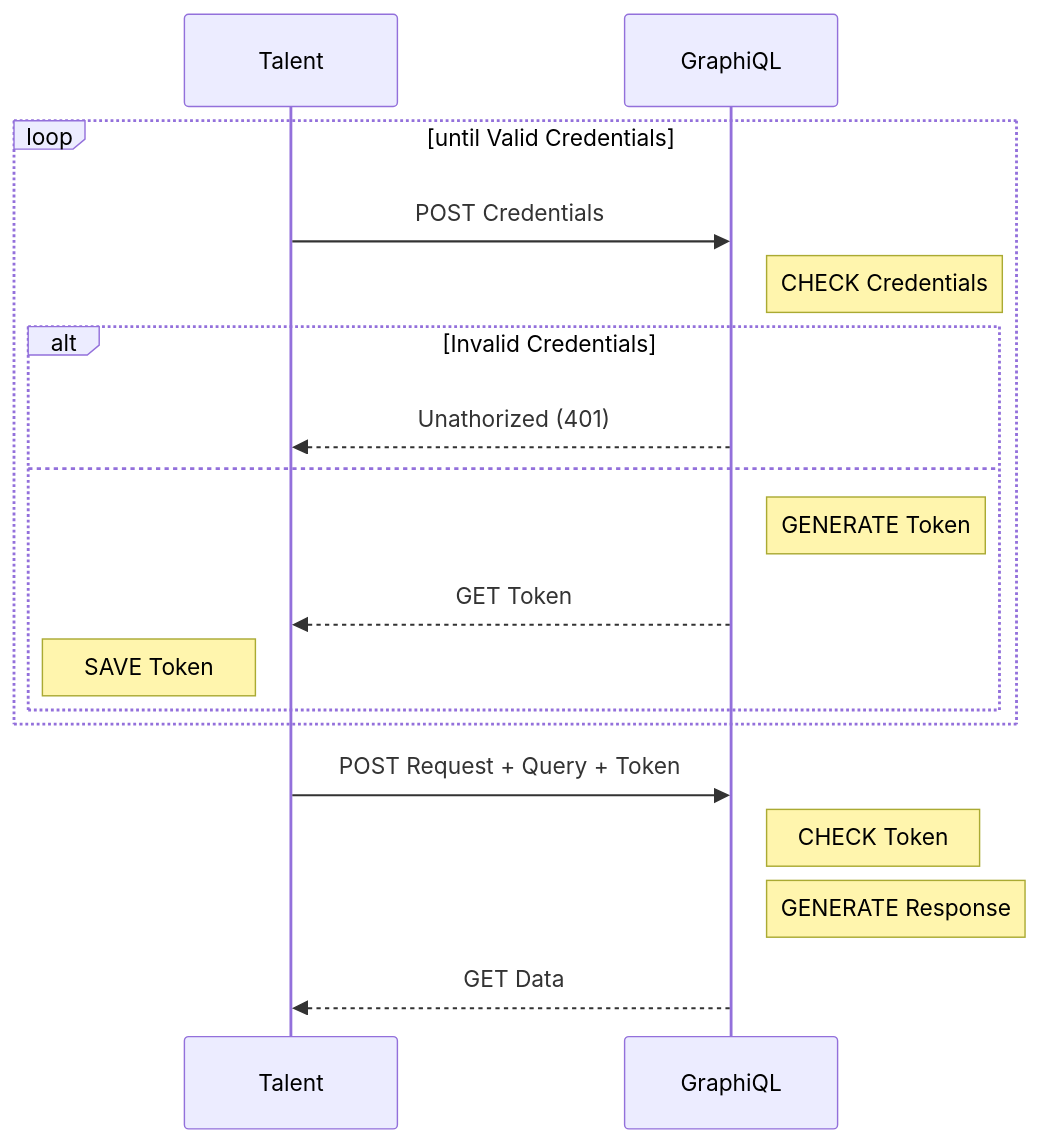
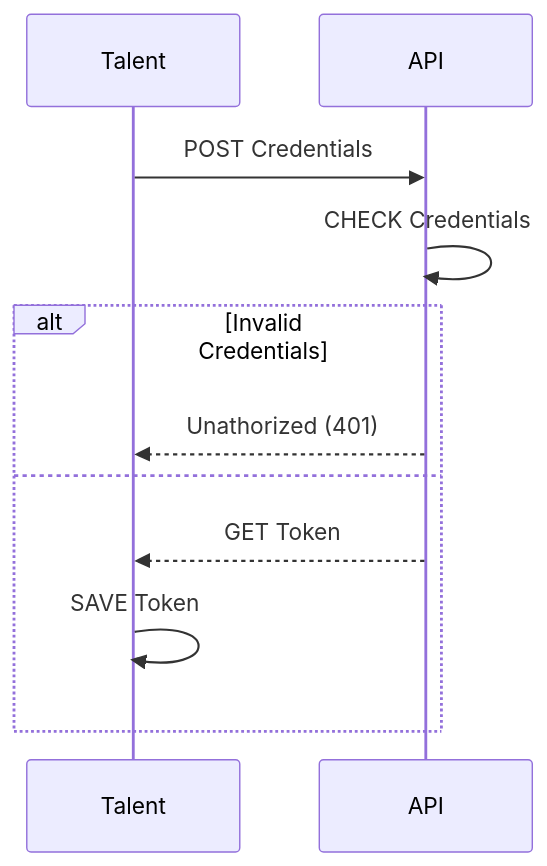
One commit to D4rkJvck/graphql changed the first of 2 diagrams in README.md. Above: the diagram before and after it, drawn with Mermaid. The commit also changed other lines of this file and 5 other files, not shown here.

````diff
--- a/README.md
+++ b/README.md
@@ -135,21 +149,14 @@
 ```mermaid
   sequenceDiagram
     participant Talent
-    participant GraphiQL
+    participant API
 
-    loop until Valid Credentials
-      Talent ->> GraphiQL: POST Credentials
-      Note right of GraphiQL: CHECK Credentials
-      alt Invalid Credentials
-        GraphiQL -->> Talent: Unathorized (401)
-      else
-        Note right of GraphiQL: GENERATE Token
-        GraphiQL -->> Talent: GET Token
-        Note left of Talent: SAVE Token
-      end
-    end
-    Talent ->> GraphiQL: POST Request + Query + Token
-    Note right of GraphiQL: CHECK Token
-    Note right of GraphiQL: GENERATE Response
-    GraphiQL -->> Talent: GET Data
+    Talent ->> API: POST Credentials
+    API ->> API: CHECK Credentials
+    alt Invalid Credentials
+      API -->> Talent: Unathorized (401)
+    else
+      API -->> Talent: GET Token
+      Talent ->> Talent: SAVE Token
+    end    
 ```
````
